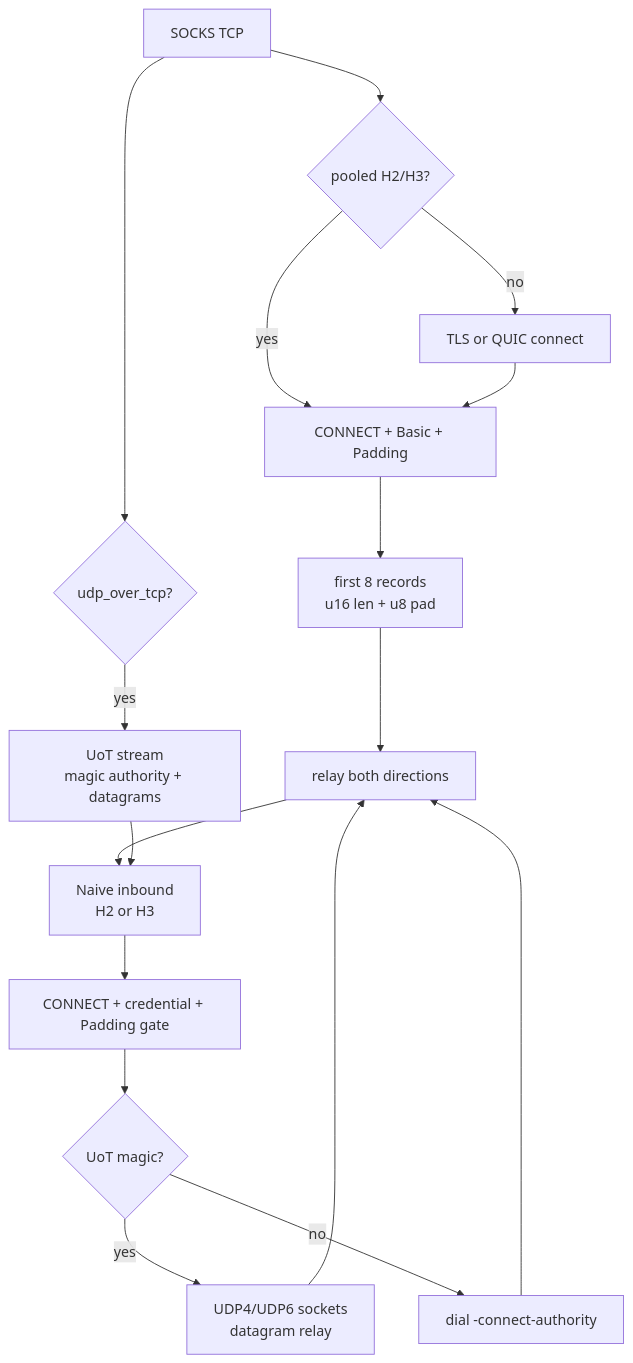
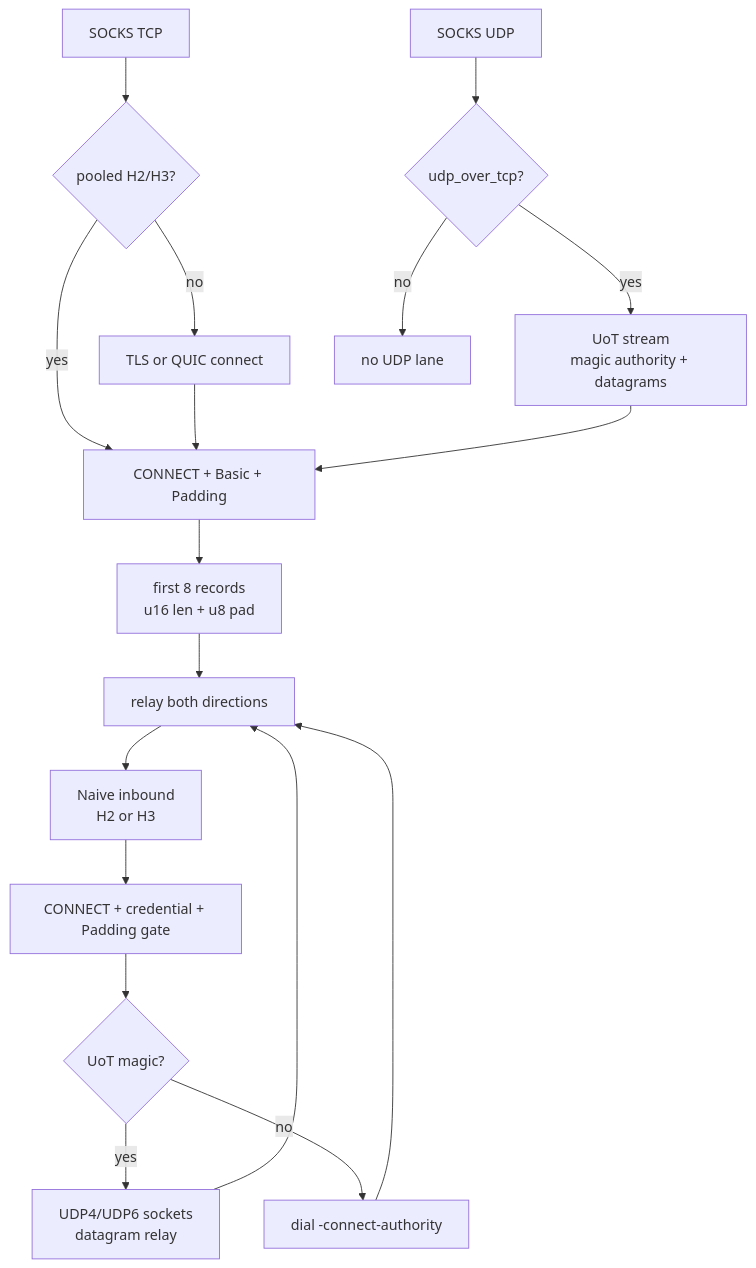
One commit to ferroxdev/ferrox-2 changed the diagram in docs/function/naive.md. Above: the diagram before and after it, drawn with Mermaid. The commit also changed 3 other files, not shown here.

````diff
--- a/docs/function/naive.md
+++ b/docs/function/naive.md
@@ -13,19 +13,20 @@
 ```mermaid
 graph TD
     S["SOCKS TCP"] --> P{"pooled H2/H3?"}
     P -- yes --> O["CONNECT + Basic + Padding"]
     P -- no --> T["TLS or QUIC connect"]
     T --> O
     O --> F["first 8 records<br/>u16 len + u8 pad"]
     F --> R["relay both directions"]
     R --> A["Naive inbound<br/>H2 or H3"]
     A --> C["CONNECT + credential + Padding gate"]
     C --> M{"UoT magic?"}
     M -- yes --> V["UDP4/UDP6 sockets<br/>datagram relay"]
     M -- no --> D["dial -connect-authority"]
     V --> R
     D --> R
-    S --> U{"udp_over_tcp?"}
-    U -- yes --> Q["UoT stream<br/>magic authority + datagrams"]
-    Q --> A
+    U["SOCKS UDP"] --> G{"udp_over_tcp?"}
+    G -- yes --> Q["UoT stream<br/>magic authority + datagrams"]
+    Q --> O
+    G -- no --> N["no UDP lane"]
 ```
````
